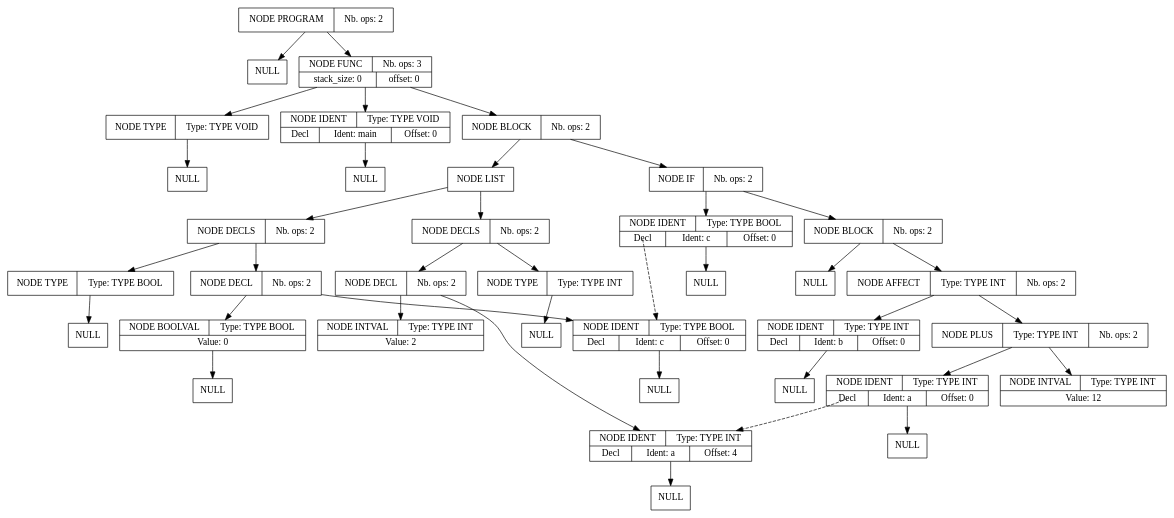
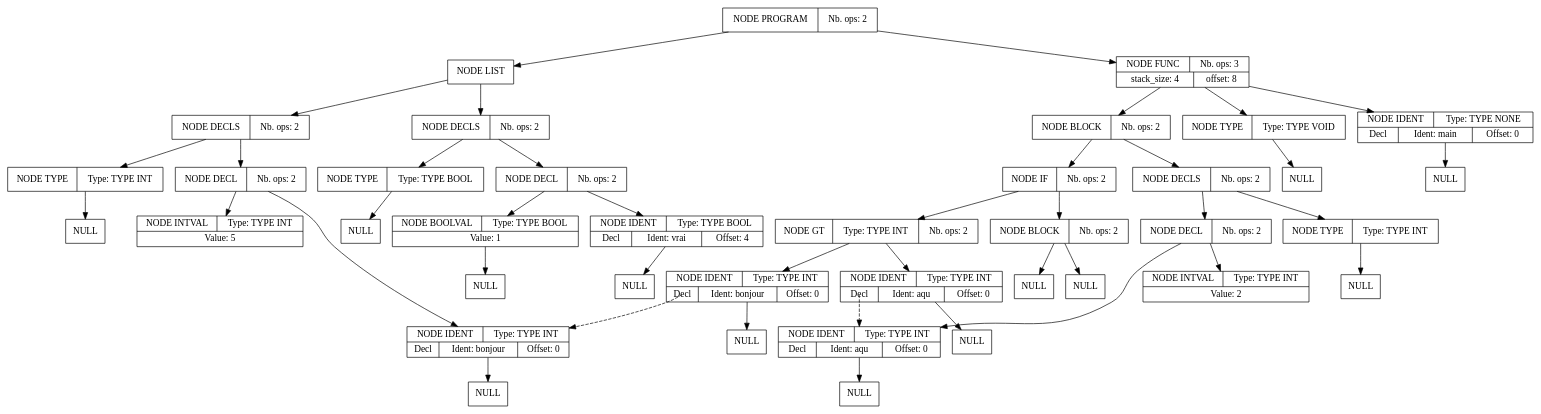
The diagram in src/post_pass1.dot (Harian-Elyoth/CompilateurMiniC), drawn with Graphviz before and after one commit. The commit also changed 22 other files, not shown here.

```diff
--- a/src/post_pass1.dot
+++ b/src/post_pass1.dot
@@ -1,112 +1,121 @@
 digraph global_vars {
     N1 [shape=record, label="{{NODE PROGRAM|Nb. ops: 2}}"];
-    N2 [shape=record, label="{{NULL}}"];
-    edge[tailclip=true];
-    N1 -> N2
-    N3 [shape=record, label="{{NODE FUNC|Nb. ops: 3}|{stack_size: 0|offset: 0}}"];
-    N4 [shape=record, label="{{NODE TYPE|Type: TYPE VOID}}"];
+    N2 [shape=record, label="{{NODE LIST}}"];
+    N3 [shape=record, label="{{NODE DECLS|Nb. ops: 2}}"];
+    N4 [shape=record, label="{{NODE TYPE|Type: TYPE INT}}"];
     N5 [shape=record, label="{{NULL}}"];
     edge[tailclip=true];
     N4 -> N5
     edge[tailclip=true];
     N3 -> N4
-    N6 [shape=record, label="{{NODE IDENT|Type: TYPE VOID}|{<decl>Decl      |Ident: main|Offset: 0}}"];
-    N7 [shape=record, label="{{NULL}}"];
+    N6 [shape=record, label="{{NODE DECL|Nb. ops: 2}}"];
+    N7 [shape=record, label="{{NODE IDENT|Type: TYPE INT}|{<decl>Decl      |Ident: bonjour|Offset: 0}}"];
+    N8 [shape=record, label="{{NULL}}"];
+    edge[tailclip=true];
+    N7 -> N8
     edge[tailclip=true];
     N6 -> N7
+    N9 [shape=record, label="{{NODE INTVAL|Type: TYPE INT}|{Value: 5}}"];
+    edge[tailclip=true];
+    N6 -> N9
     edge[tailclip=true];
     N3 -> N6
-    N8 [shape=record, label="{{NODE BLOCK|Nb. ops: 2}}"];
-    N9 [shape=record, label="{{NODE LIST}}"];
+    edge[tailclip=true];
+    N2 -> N3
     N10 [shape=record, label="{{NODE DECLS|Nb. ops: 2}}"];
     N11 [shape=record, label="{{NODE TYPE|Type: TYPE BOOL}}"];
     N12 [shape=record, label="{{NULL}}"];
     edge[tailclip=true];
     N11 -> N12
     edge[tailclip=true];
     N10 -> N11
     N13 [shape=record, label="{{NODE DECL|Nb. ops: 2}}"];
-    N14 [shape=record, label="{{NODE IDENT|Type: TYPE BOOL}|{<decl>Decl      |Ident: c|Offset: 0}}"];
+    N14 [shape=record, label="{{NODE IDENT|Type: TYPE BOOL}|{<decl>Decl      |Ident: vrai|Offset: 4}}"];
     N15 [shape=record, label="{{NULL}}"];
     edge[tailclip=true];
     N14 -> N15
     edge[tailclip=true];
     N13 -> N14
-    N16 [shape=record, label="{{NODE BOOLVAL|Type: TYPE BOOL}|{Value: 0}}"];
+    N16 [shape=record, label="{{NODE BOOLVAL|Type: TYPE BOOL}|{Value: 1}}"];
     N17 [shape=record, label="{{NULL}}"];
     edge[tailclip=true];
     N16 -> N17
     edge[tailclip=true];
     N13 -> N16
     edge[tailclip=true];
     N10 -> N13
     edge[tailclip=true];
-    N9 -> N10
-    N18 [shape=record, label="{{NODE DECLS|Nb. ops: 2}}"];
-    N19 [shape=record, label="{{NODE TYPE|Type: TYPE INT}}"];
+    N2 -> N10
+    edge[tailclip=true];
+    N1 -> N2
+    N18 [shape=record, label="{{NODE FUNC|Nb. ops: 3}|{stack_size: 4|offset: 8}}"];
+    N19 [shape=record, label="{{NODE TYPE|Type: TYPE VOID}}"];
     N20 [shape=record, label="{{NULL}}"];
     edge[tailclip=true];
     N19 -> N20
     edge[tailclip=true];
     N18 -> N19
-    N21 [shape=record, label="{{NODE DECL|Nb. ops: 2}}"];
-    N22 [shape=record, label="{{NODE IDENT|Type: TYPE INT}|{<decl>Decl      |Ident: a|Offset: 4}}"];
-    N23 [shape=record, label="{{NULL}}"];
-    edge[tailclip=true];
-    N22 -> N23
+    N21 [shape=record, label="{{NODE IDENT|Type: TYPE NONE}|{<decl>Decl      |Ident: main|Offset: 0}}"];
+    N22 [shape=record, label="{{NULL}}"];
     edge[tailclip=true];
     N21 -> N22
-    N24 [shape=record, label="{{NODE INTVAL|Type: TYPE INT}|{Value: 2}}"];
-    edge[tailclip=true];
-    N21 -> N24
     edge[tailclip=true];
     N18 -> N21
-    edge[tailclip=true];
-    N9 -> N18
-    edge[tailclip=true];
-    N8 -> N9
-    N25 [shape=record, label="{{NODE IF|Nb. ops: 2}}"];
-    N26 [shape=record, label="{{NODE IDENT|Type: TYPE BOOL}|{<decl>Decl      |Ident: c|Offset: 0}}"];
-    edge[tailclip=false];
-    "N26":decl:c -> "N14" [style=dashed]
-    N27 [shape=record, label="{{NULL}}"];
-    edge[tailclip=true];
-    N26 -> N27
+    N23 [shape=record, label="{{NODE BLOCK|Nb. ops: 2}}"];
+    N24 [shape=record, label="{{NODE DECLS|Nb. ops: 2}}"];
+    N25 [shape=record, label="{{NODE TYPE|Type: TYPE INT}}"];
+    N26 [shape=record, label="{{NULL}}"];
     edge[tailclip=true];
     N25 -> N26
-    N28 [shape=record, label="{{NODE BLOCK|Nb. ops: 2}}"];
+    edge[tailclip=true];
+    N24 -> N25
+    N27 [shape=record, label="{{NODE DECL|Nb. ops: 2}}"];
+    N28 [shape=record, label="{{NODE IDENT|Type: TYPE INT}|{<decl>Decl      |Ident: aqu|Offset: 0}}"];
     N29 [shape=record, label="{{NULL}}"];
     edge[tailclip=true];
     N28 -> N29
-    N30 [shape=record, label="{{NODE AFFECT|Type: TYPE INT|Nb. ops: 2}}"];
-    N31 [shape=record, label="{{NODE IDENT|Type: TYPE INT}|{<decl>Decl      |Ident: b|Offset: 0}}"];
-    N32 [shape=record, label="{{NULL}}"];
+    edge[tailclip=true];
+    N27 -> N28
+    N30 [shape=record, label="{{NODE INTVAL|Type: TYPE INT}|{Value: 2}}"];
+    edge[tailclip=true];
+    N27 -> N30
+    edge[tailclip=true];
+    N24 -> N27
+    edge[tailclip=true];
+    N23 -> N24
+    N31 [shape=record, label="{{NODE IF|Nb. ops: 2}}"];
+    N32 [shape=record, label="{{NODE GT|Type: TYPE INT|Nb. ops: 2}}"];
+    N33 [shape=record, label="{{NODE IDENT|Type: TYPE INT}|{<decl>Decl      |Ident: aqu|Offset: 0}}"];
+    edge[tailclip=false];
+    "N33":decl:c -> "N28" [style=dashed]
+    N34 [shape=record, label="{{NULL}}"];
+    edge[tailclip=true];
+    N33 -> N34
+    edge[tailclip=true];
+    N32 -> N33
+    N35 [shape=record, label="{{NODE IDENT|Type: TYPE INT}|{<decl>Decl      |Ident: bonjour|Offset: 0}}"];
+    edge[tailclip=false];
+    "N35":decl:c -> "N7" [style=dashed]
+    N36 [shape=record, label="{{NULL}}"];
+    edge[tailclip=true];
+    N35 -> N36
+    edge[tailclip=true];
+    N32 -> N35
     edge[tailclip=true];
     N31 -> N32
+    N37 [shape=record, label="{{NODE BLOCK|Nb. ops: 2}}"];
+    N38 [shape=record, label="{{NULL}}"];
     edge[tailclip=true];
-    N30 -> N31
-    N33 [shape=record, label="{{NODE PLUS|Type: TYPE INT|Nb. ops: 2}}"];
-    N34 [shape=record, label="{{NODE IDENT|Type: TYPE INT}|{<decl>Decl      |Ident: a|Offset: 0}}"];
-    edge[tailclip=false];
-    "N34":decl:c -> "N22" [style=dashed]
-    N35 [shape=record, label="{{NULL}}"];
+    N37 -> N38
+    N39 [shape=record, label="{{NULL}}"];
     edge[tailclip=true];
-    N34 -> N35
+    N37 -> N39
     edge[tailclip=true];
-    N33 -> N34
-    N36 [shape=record, label="{{NODE INTVAL|Type: TYPE INT}|{Value: 12}}"];
+    N31 -> N37
     edge[tailclip=true];
-    N33 -> N36
+    N23 -> N31
     edge[tailclip=true];
-    N30 -> N33
+    N18 -> N23
     edge[tailclip=true];
-    N28 -> N30
-    edge[tailclip=true];
-    N25 -> N28
-    edge[tailclip=true];
-    N8 -> N25
-    edge[tailclip=true];
-    N3 -> N8
-    edge[tailclip=true];
-    N1 -> N3
+    N1 -> N18
 }
```
